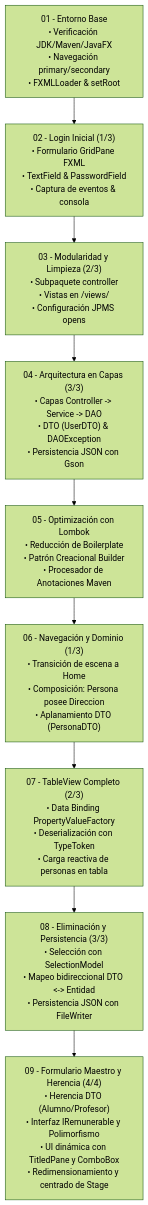
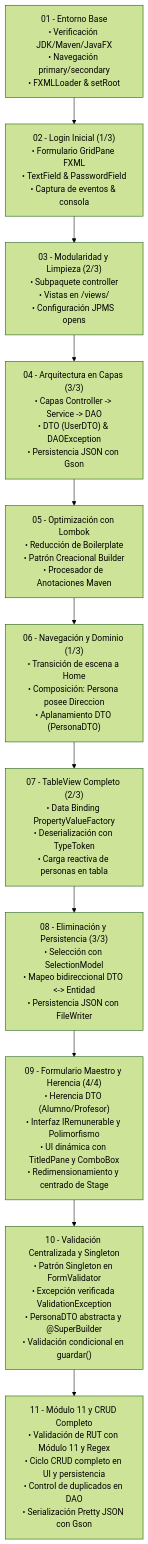
Before and after one commit to elprofecarreno/poo-javafx: the first of 2 diagrams in README.md, drawn with Mermaid (forest theme). The commit also changed other lines of this file and 56 other files, not shown here.

````diff
--- a/README.md
+++ b/README.md
@@ -26,21 +26,25 @@
 ```mermaid
 flowchart TD
     P01["01 - Entorno Base\n• Verificación JDK/Maven/JavaFX\n• Navegación primary/secondary\n• FXMLLoader & setRoot"]
     P02["02 - Login Inicial (1/3)\n• Formulario GridPane FXML\n• TextField & PasswordField\n• Captura de eventos & consola"]
     P03["03 - Modularidad y Limpieza (2/3)\n• Subpaquete controller\n• Vistas en /views/\n• Configuración JPMS opens"]
     P04["04 - Arquitectura en Capas (3/3)\n• Capas Controller -> Service -> DAO\n• DTO (UserDTO) & DAOException\n• Persistencia JSON con Gson"]
     P05["05 - Optimización con Lombok\n• Reducción de Boilerplate\n• Patrón Creacional Builder\n• Procesador de Anotaciones Maven"]
     P06["06 - Navegación y Dominio (1/3)\n• Transición de escena a Home\n• Composición: Persona posee Direccion\n• Aplanamiento DTO (PersonaDTO)"]
     P07["07 - TableView Completo (2/3)\n• Data Binding PropertyValueFactory\n• Deserialización con TypeToken\n• Carga reactiva de personas en tabla"]
     P08["08 - Eliminación y Persistencia (3/3)\n• Selección con SelectionModel\n• Mapeo bidireccional DTO <-> Entidad\n• Persistencia JSON con FileWriter"]
     P09["09 - Formulario Maestro y Herencia (4/4)\n• Herencia DTO (Alumno/Profesor)\n• Interfaz IRemunerable y Polimorfismo\n• UI dinámica con TitledPane y ComboBox\n• Redimensionamiento y centrado de Stage"]
+    P10["10 - Validación Centralizada y Singleton\n• Patrón Singleton en FormValidator\n• Excepción verificada ValidationException\n• PersonaDTO abstracta y @SuperBuilder\n• Validación condicional en guardar()"]
+    P11["11 - Módulo 11 y CRUD Completo\n• Validación de RUT con Módulo 11 y Regex\n• Ciclo CRUD completo en UI y persistencia\n• Control de duplicados en DAO\n• Serialización Pretty JSON con Gson"]
 
     P01 --> P02
     P02 --> P03
     P03 --> P04
     P04 --> P05
     P05 --> P06
     P06 --> P07
     P07 --> P08
     P08 --> P09
+    P09 --> P10
+    P10 --> P11
 ```
````
